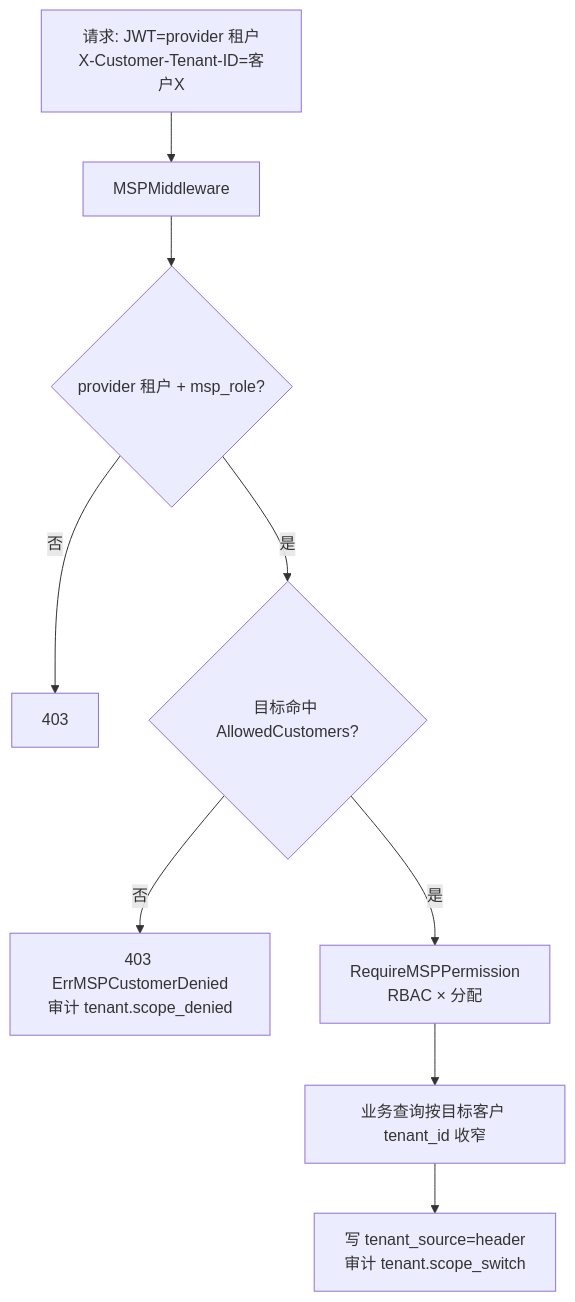
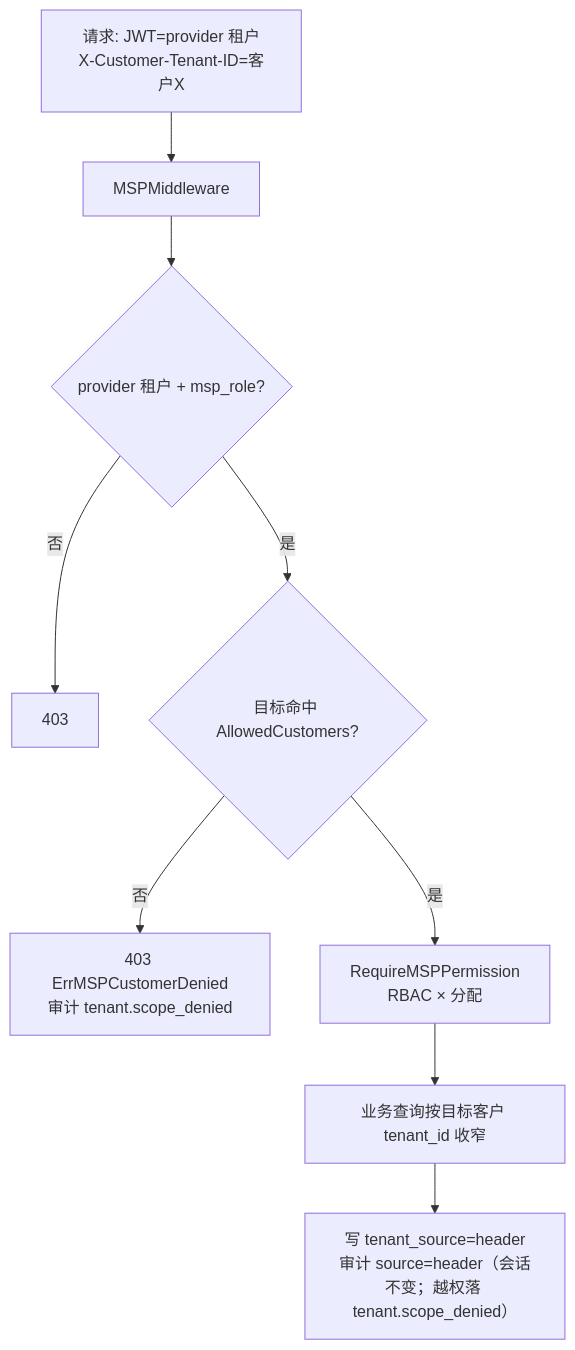
The eighth of 14 diagrams in docs/multi-tenant/plan/msp-user-interaction-flows.md (wwsheng009/itsm), drawn with Mermaid before and after one commit. The commit also changed other lines of this file and 31 other files, not shown here.

````diff
--- a/docs/multi-tenant/plan/msp-user-interaction-flows.md
+++ b/docs/multi-tenant/plan/msp-user-interaction-flows.md
@@ -258,11 +258,11 @@
 ```mermaid
 flowchart TD
     A[请求: JWT=provider 租户<br/>X-Customer-Tenant-ID=客户X] --> B[MSPMiddleware]
     B --> C{provider 租户 + msp_role?}
     C -->|否| X1[403]
     C -->|是| D{目标命中 AllowedCustomers?}
     D -->|否| X2[403 ErrMSPCustomerDenied<br/>审计 tenant.scope_denied]
     D -->|是| E[RequireMSPPermission<br/>RBAC × 分配]
     E --> F[业务查询按目标客户 tenant_id 收窄]
-    F --> G[写 tenant_source=header<br/>审计 tenant.scope_switch]
+    F --> G[写 tenant_source=header<br/>审计 source=header（会话不变；越权落 tenant.scope_denied）]
 ```
````
